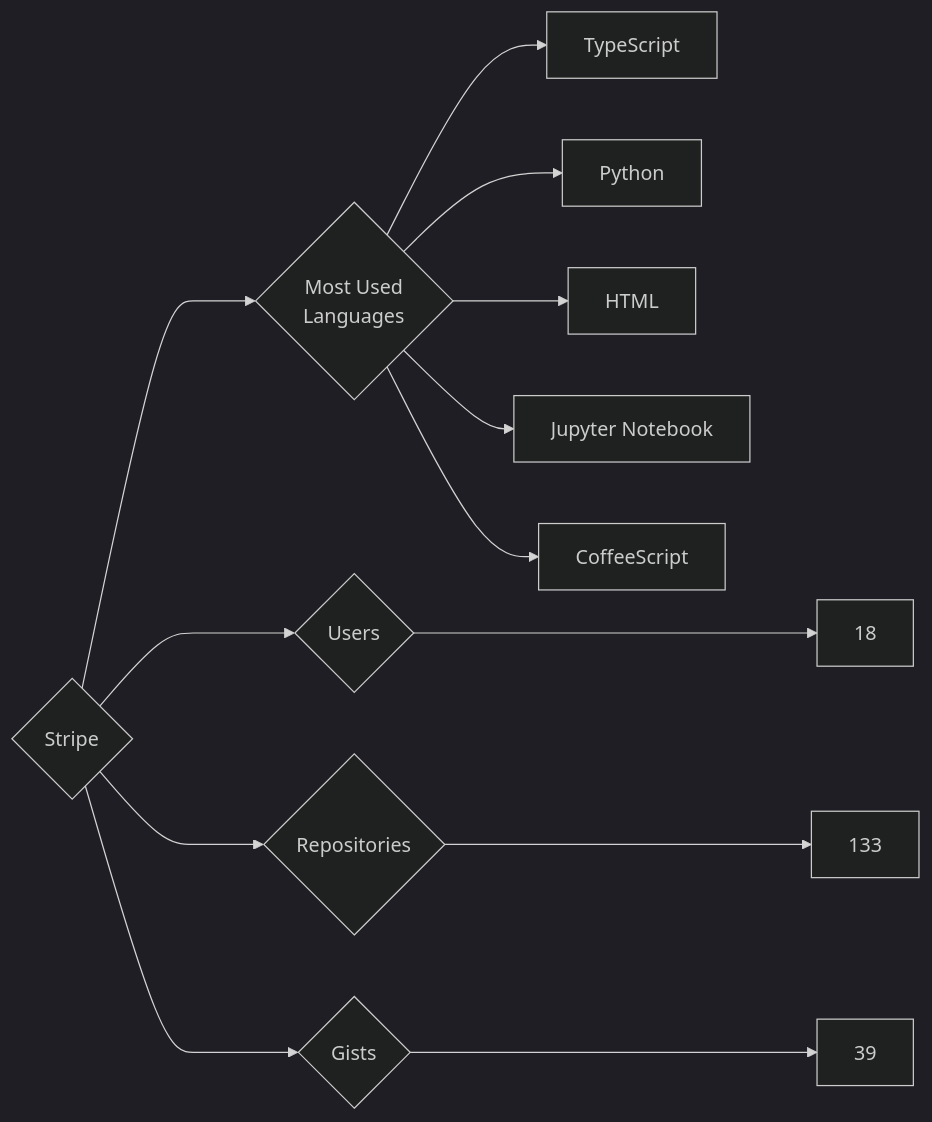
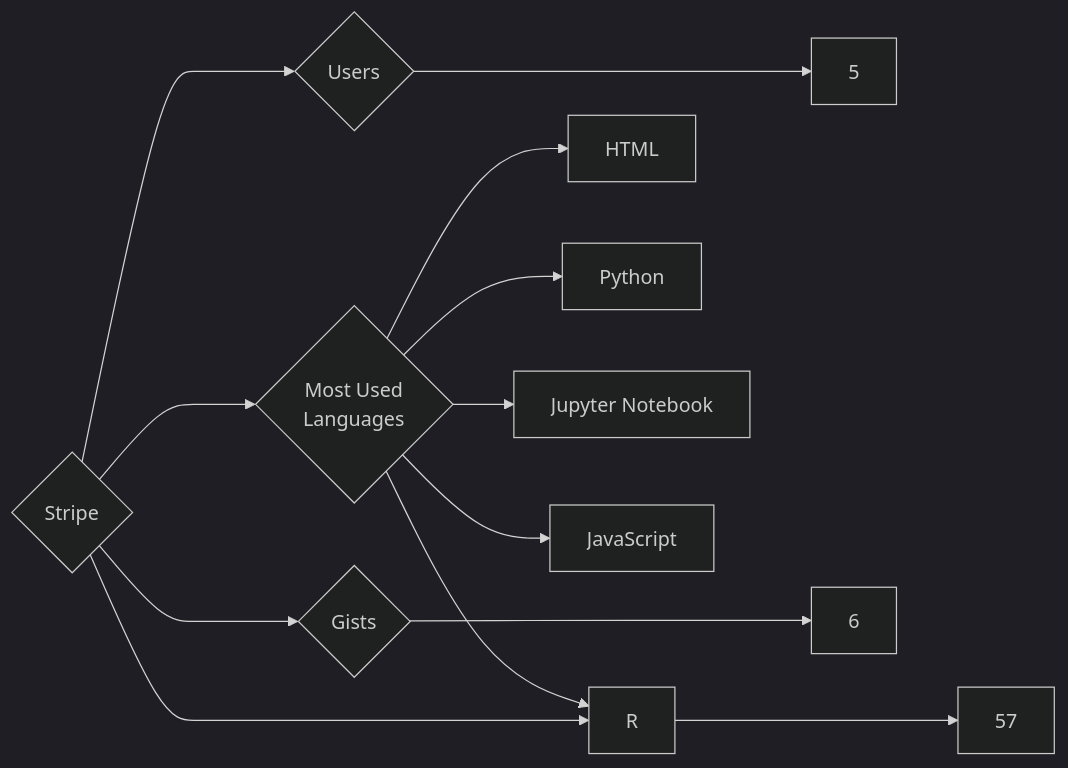
The diagram in targets/Stripe/README.md (trickest/insiders), drawn with Mermaid (dark theme) before and after one commit. The commit also changed 1011 other files, not shown here.

````diff
--- a/targets/Stripe/README.md
+++ b/targets/Stripe/README.md
@@ -3,13 +3,13 @@
 ```mermaid
 graph LR
 COMPANY_NAME{Stripe}
-COMPANY_NAME ---> U{Users} ---> UN[18]
-COMPANY_NAME ---> R{Repositories} ---> RN[133]
-COMPANY_NAME ---> G{Gists} ---> GN[39]
+COMPANY_NAME ---> U{Users} ---> UN[5]
+COMPANY_NAME ---> R{Repositories} ---> RN[57]
+COMPANY_NAME ---> G{Gists} ---> GN[6]
 COMPANY_NAME ---> ML{Most Used<br>Languages}
-ML --> TypeScript[TypeScript]
+ML --> HTML[HTML]
 ML --> Python[Python]
-ML --> HTML[HTML]
+ML --> R[R]
 ML --> Jupyter_Notebook[Jupyter Notebook]
-ML --> CoffeeScript[CoffeeScript]
+ML --> JavaScript[JavaScript]
 ```
````
